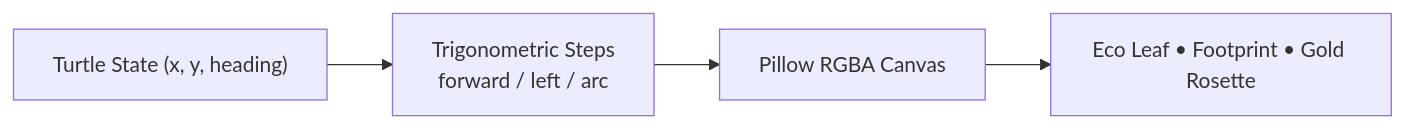
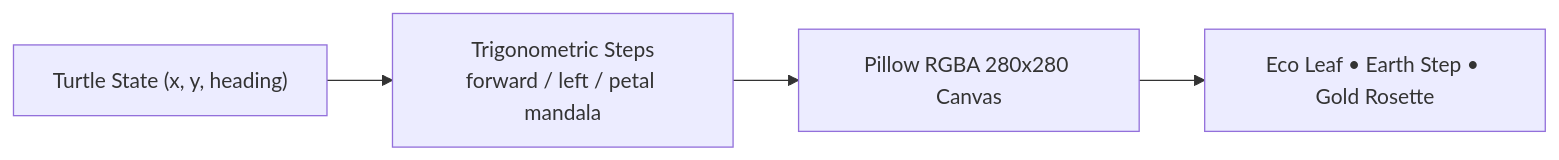
Before and after one commit to parthibcpana/IDAI102-1000544-PARTH-PARVINBHAI-GAJERA-SA: the eighth of 8 diagrams in README.md, drawn with Mermaid. The commit also changed other lines of this file and 12 other files, not shown here.

Commit message:
Elevate ShopImpact UI: Layered botanical gradients, Creamy Light Mode, What-If Optimizer, Altair charts, and Turtle Art Vault

````diff
--- a/README.md
+++ b/README.md
@@ -343,6 +362,6 @@
   ```mermaid
   flowchart LR
-      T["Turtle State (x, y, heading)"] --> M["Trigonometric Steps<br>forward / left / arc"]
-      M --> IMG["Pillow RGBA Canvas"]
-      IMG --> ART["Eco Leaf • Footprint • Gold Rosette"]
+      T["Turtle State (x, y, heading)"] --> M["Trigonometric Steps<br>forward / left / petal mandala"]
+      M --> IMG["Pillow RGBA 280x280 Canvas"]
+      IMG --> ART["Eco Leaf • Earth Step • Gold Rosette"]
   ```
````
